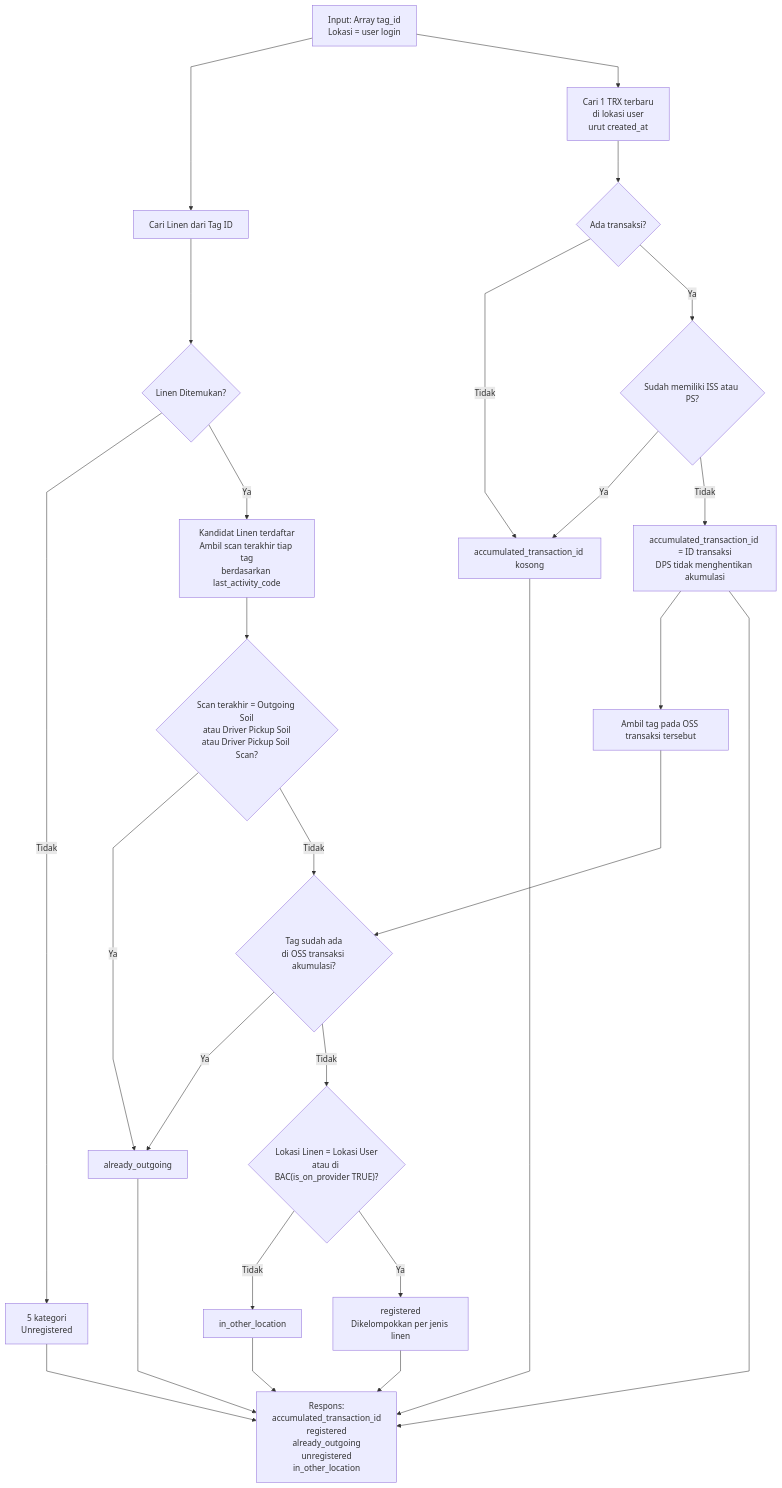
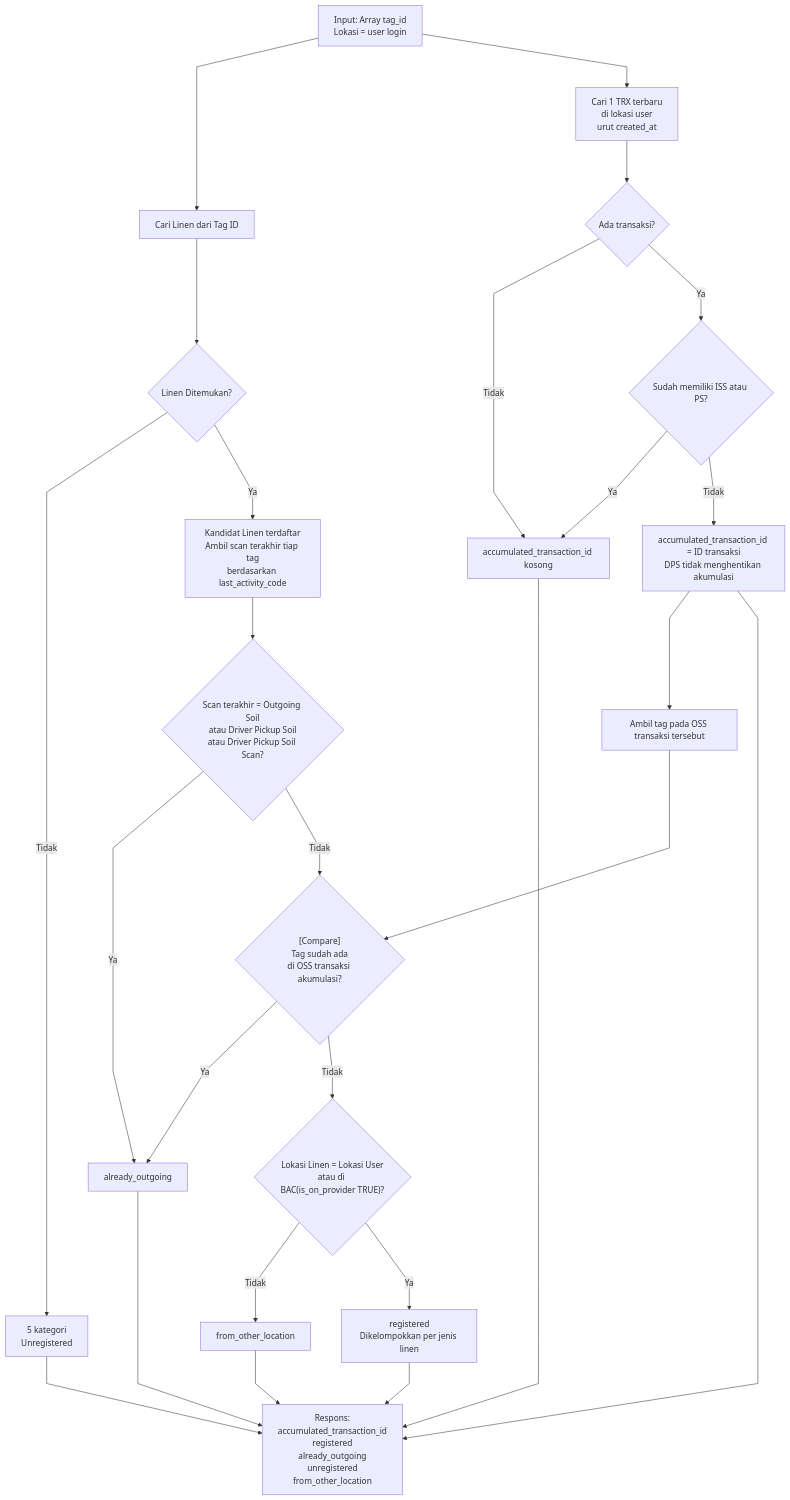
One commit to bagaskrmn/bac-flow-laundry changed the first of 2 diagrams in laundry-activities/outgoing-soil.md. Above: the diagram before and after it, drawn with Mermaid. The commit also changed other lines of this file and 3 other files, not shown here.

Commit message:
add submit flow

````diff
--- a/laundry-activities/outgoing-soil.md
+++ b/laundry-activities/outgoing-soil.md
@@ -3,36 +3,36 @@
 ```mermaid
 %%{init: {'flowchart': {'curve': 'linear', 'nodeSpacing': 60, 'rankSpacing': 80, 'diagramPadding': 24}}}%%
 flowchart TD
     N_START["Input: Array tag_id<br/>Lokasi = user login"]
 
     N_START --> N_MASTER["Cari Linen dari Tag ID"]
     N_MASTER --> N_FOUND{"Linen Ditemukan?"}
     N_FOUND -->|Tidak| N_UNREG["5 kategori<br/>Unregistered"]
     N_FOUND -->|Ya| N_CAND["Kandidat Linen terdaftar<br/>Ambil scan terakhir tiap tag<br/>berdasarkan last_activity_code"]
 
     N_START --> N_TRX["Cari 1 TRX terbaru<br/>di lokasi user<br/>urut created_at"]
     N_TRX --> N_HAS{"Ada transaksi?"}
     N_HAS -->|Tidak| N_NEW["accumulated_transaction_id kosong"]
     N_HAS -->|Ya| N_CHECK{"Sudah memiliki ISS atau PS?"}
     N_CHECK -->|Ya| N_NEW
     N_CHECK -->|Tidak| N_ACC["accumulated_transaction_id = ID transaksi<br/>DPS tidak menghentikan akumulasi"]
     N_ACC --> N_EXIST["Ambil tag pada OSS transaksi tersebut"]
 
     N_CAND --> N_OUT{"Scan terakhir = Outgoing Soil<br/>atau Driver Pickup Soil<br/>atau Driver Pickup Soil Scan?"}
     N_OUT -->|Ya| N_ALREADY["already_outgoing"]
-    N_OUT -->|Tidak| N_INACC{"Tag sudah ada<br/>di OSS transaksi akumulasi?"}
+    N_OUT -->|Tidak| N_INACC{"[Compare]<br/>Tag sudah ada<br/>di OSS transaksi akumulasi?"}
     N_EXIST --> N_INACC
     N_INACC -->|Ya| N_ALREADY
     N_INACC -->|Tidak| N_LOC{"Lokasi Linen = Lokasi User<br/>atau di BAC(is_on_provider TRUE)?"}
-    N_LOC -->|Tidak| N_OTHERLOC["in_other_location"]
+    N_LOC -->|Tidak| N_OTHERLOC["from_other_location"]
     N_LOC -->|Ya| N_READY["registered<br/>Dikelompokkan per jenis linen"]
 
-    N_READY --> N_RES["Respons:<br/>accumulated_transaction_id<br/>registered<br/>already_outgoing<br/>unregistered<br/>in_other_location"]
+    N_READY --> N_RES["Respons:<br/>accumulated_transaction_id<br/>registered<br/>already_outgoing<br/>unregistered<br/>from_other_location"]
     N_ALREADY --> N_RES
     N_UNREG --> N_RES
     N_OTHERLOC --> N_RES
     N_ACC --> N_RES
     N_NEW --> N_RES
 
     class N_LOC,N_OTHERLOC danger
 ```
````
